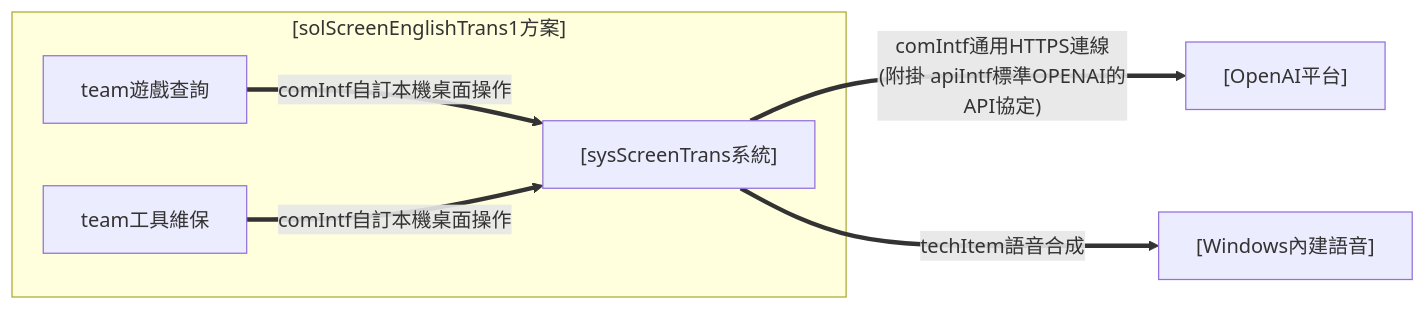
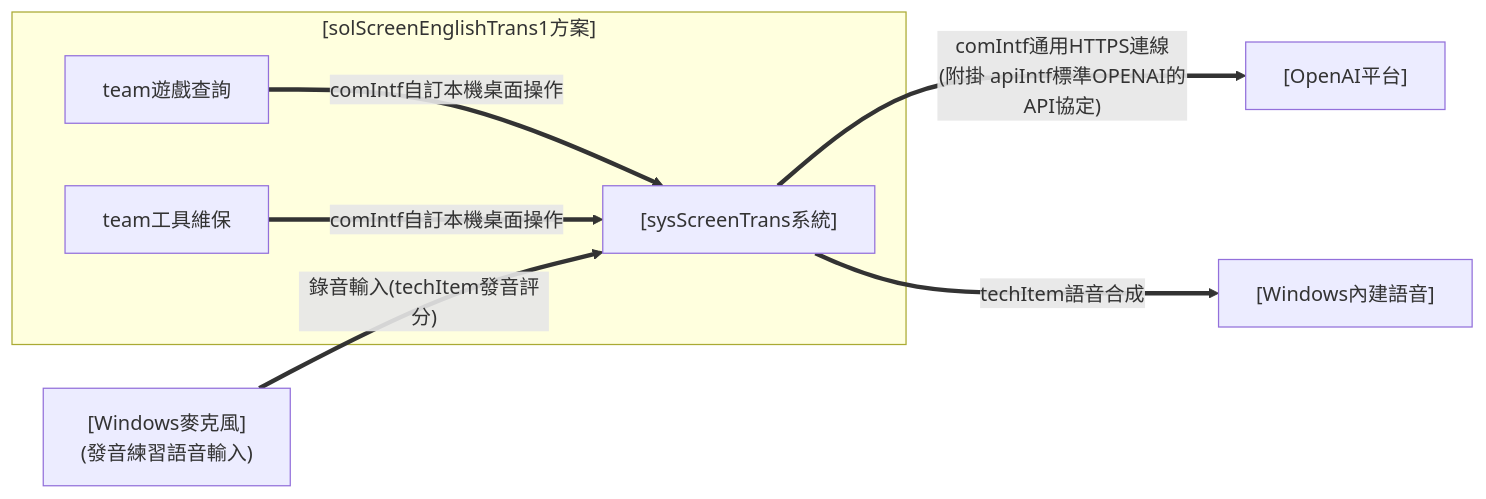
One commit to twStellerWhale-Ocean2/solLingoIsland changed the third of 6 diagrams in docs/design.md. Above: the diagram before and after it, drawn with Mermaid. The commit also changed other lines of this file and 26 other files, not shown here.

````diff
--- a/docs/design.md
+++ b/docs/design.md
@@ -222,16 +229,18 @@
 ```mermaid
 flowchart LR
 
 subgraph SOL["[solScreenEnglishTrans1方案]"]
   T1["team遊戲查詢"]
   T2["team工具維保"]
   SYS["[sysScreenTrans系統]"]
   T1 ==>|"comIntf自訂本機桌面操作"| SYS
   T2 ==>|"comIntf自訂本機桌面操作"| SYS
 end
 
 OPENAI["[OpenAI平台]"]
 SPEECH["[Windows內建語音]"]
+MIC["[Windows麥克風]<br/>(發音練習語音輸入)"]
 SYS ==>|"comIntf通用HTTPS連線<br/>(附掛 apiIntf標準OPENAI的API協定)"| OPENAI
 SYS ==>|"techItem語音合成"| SPEECH
+MIC ==>|"錄音輸入(techItem發音評分)"| SYS
 ```
````
